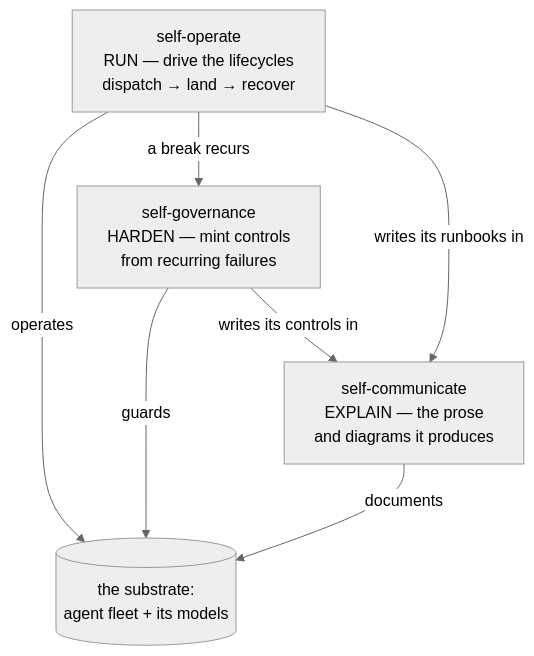
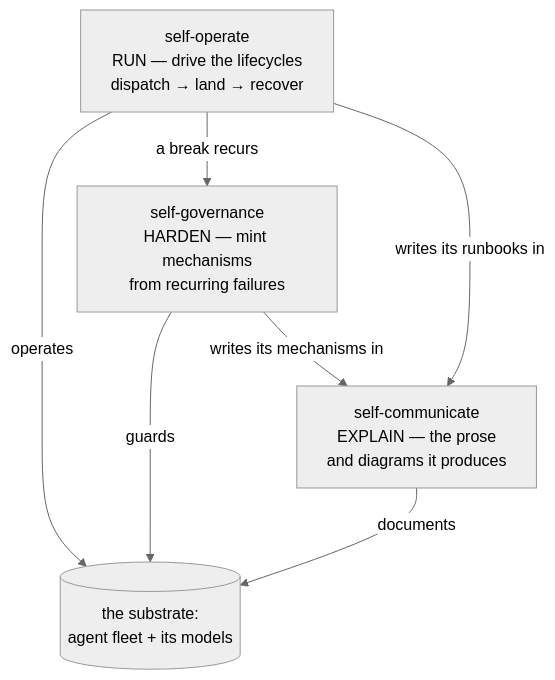
The first of 2 diagrams in book/part5/5.2-the-skills.md (davisjam/agent-governance-mechanisms), drawn with Mermaid (neutral theme) before and after one commit. The commit also changed other lines of this file and 253 other files, not shown here.

````diff
--- a/book/part5/5.2-the-skills.md
+++ b/book/part5/5.2-the-skills.md
@@ -15,15 +15,15 @@
 ```mermaid
 flowchart TB
     SUB[(the substrate:<br/>agent fleet + its models)]
-    GOV["self-governance<br/>HARDEN — mint controls<br/>from recurring failures"]
+    GOV["self-governance<br/>HARDEN — mint mechanisms<br/>from recurring failures"]
     OPS["self-operate<br/>RUN — drive the lifecycles<br/>dispatch → land → recover"]
     COM["self-communicate<br/>EXPLAIN — the prose<br/>and diagrams it produces"]
     GOV -->|guards| SUB
     OPS -->|operates| SUB
     COM -->|documents| SUB
     OPS -->|a break recurs| GOV
-    GOV -->|writes its controls in| COM
+    GOV -->|writes its mechanisms in| COM
     OPS -->|writes its runbooks in| COM
     accTitle: The three skills as complements around one substrate
-    accDescr: One substrate — the agent fleet and the typed models it reasons through — sits at the center. Three skills surround it. self-governance hardens it by minting controls from recurring failures. self-operate runs it by driving the lifecycles of dispatch, land, and recover. self-communicate explains it, governing the prose and diagrams the fleet produces. The skills also feed each other: when a break recurs during operation, self-operate hands it to self-governance to convert into a control, and both self-governance and self-operate write their controls and runbooks in the register self-communicate governs.
+    accDescr: One substrate — the agent fleet and the typed models it reasons through — sits at the center. Three skills surround it. self-governance hardens it by minting mechanisms from recurring failures. self-operate runs it by driving the lifecycles of dispatch, land, and recover. self-communicate explains it, governing the prose and diagrams the fleet produces. The skills also feed each other: when a break recurs during operation, self-operate hands it to self-governance to convert into a mechanism, and both self-governance and self-operate write their mechanisms and runbooks in the register self-communicate governs.
 ```
````
